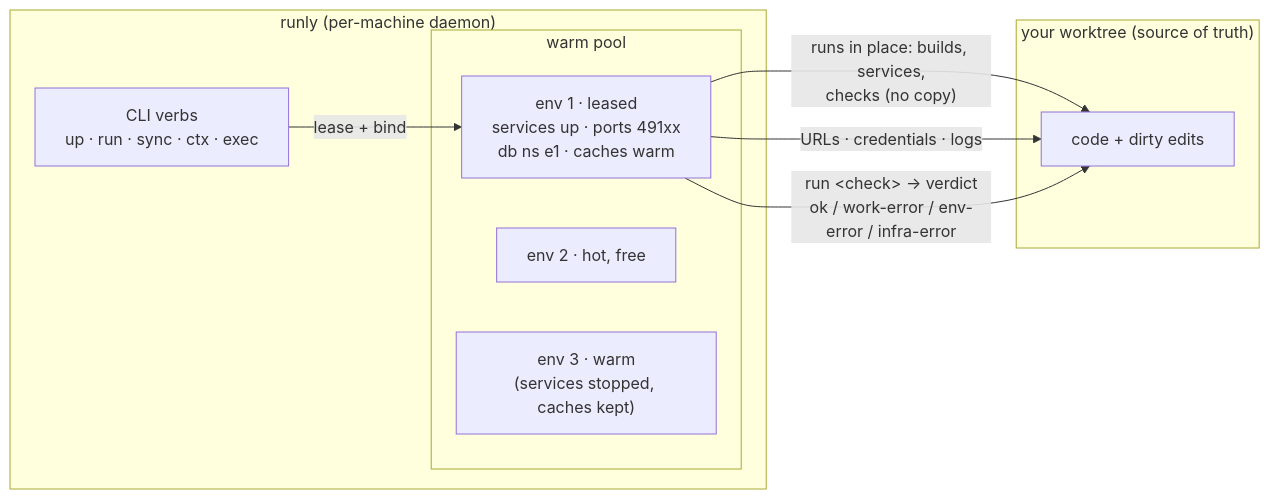
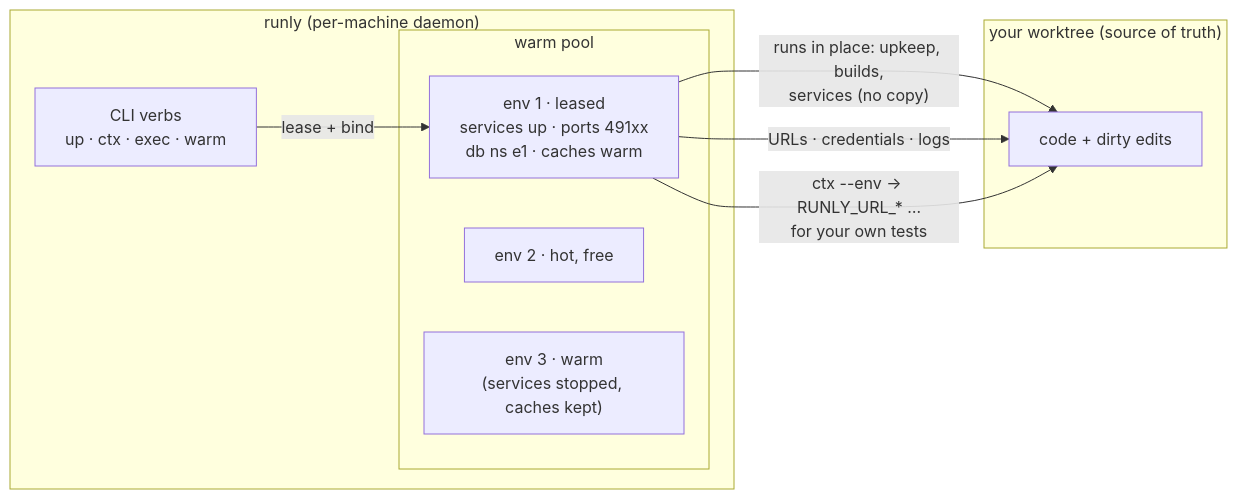
One commit to ChristianKohlberg/backlot changed the first of 2 diagrams in docs/overview.md. Above: the diagram before and after it, drawn with Mermaid. The commit also changed other lines of this file and 80 other files, not shown here.

First line of the commit message:
feat!: up is the only bind verb; runly runs no checks; drop the per-stack cap (decision 0032)

````diff
--- a/docs/overview.md
+++ b/docs/overview.md
@@ -29,18 +30,18 @@
 ```mermaid
 flowchart LR
     subgraph you["your worktree (source of truth)"]
         WT["code + dirty edits"]
     end
     subgraph broker["runly (per-machine daemon)"]
-        CLI["CLI verbs<br/>up · run · sync · ctx · exec"]
+        CLI["CLI verbs<br/>up · ctx · exec · warm"]
         subgraph pool["warm pool"]
             E1["env 1 · leased<br/>services up · ports 491xx<br/>db ns e1 · caches warm"]
             E2["env 2 · hot, free"]
             E3["env 3 · warm<br/>(services stopped, caches kept)"]
         end
     end
-    E1 -- "runs in place: builds, services,<br/>checks (no copy)" --> WT
+    E1 -- "runs in place: upkeep, builds,<br/>services (no copy)" --> WT
     CLI -- "lease + bind" --> E1
     E1 -- "URLs · credentials · logs" --> WT
-    E1 -- "run &lt;check&gt; → verdict<br/>ok / work-error / env-error / infra-error" --> WT
+    E1 -- "ctx --env → RUNLY_URL_* …<br/>for your own tests" --> WT
 ```
````
